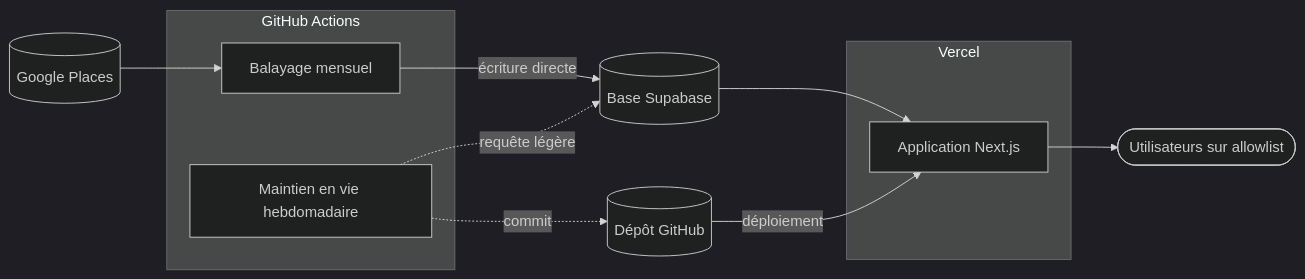
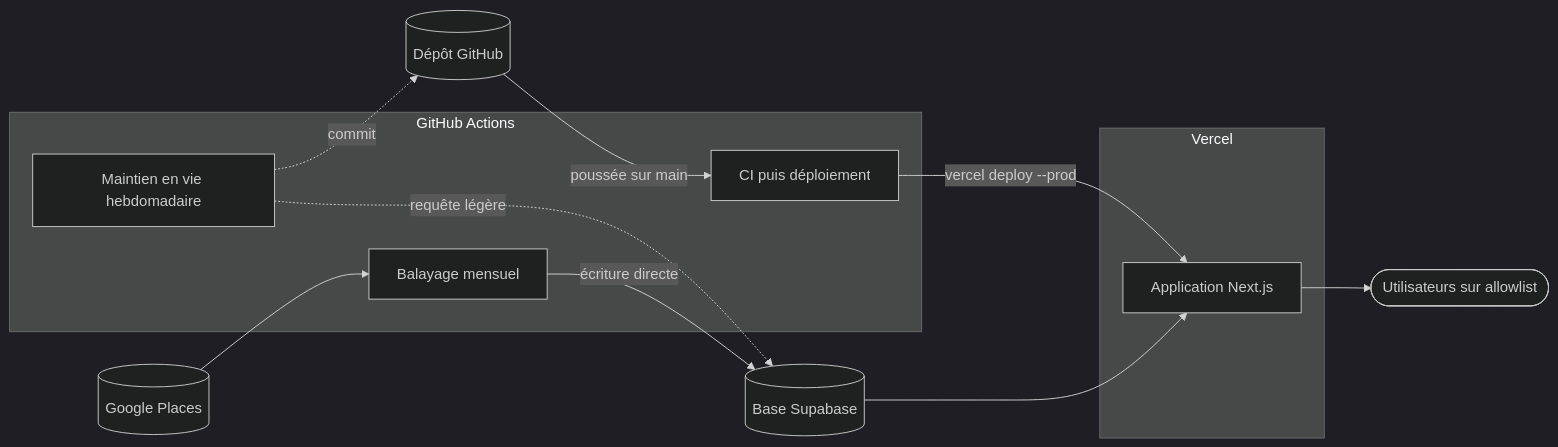
Before and after one commit to Ruhm42/dish-my-taste-job: the diagram in .specs/technique/09-deploiement.md, drawn with Mermaid (dark theme). The commit also changed other lines of this file and 5 other files, not shown here.

````diff
--- a/.specs/technique/09-deploiement.md
+++ b/.specs/technique/09-deploiement.md
@@ -16,17 +16,19 @@
 ```mermaid
 flowchart LR
     subgraph GHA["GitHub Actions"]
+        CI[CI puis déploiement]
         SWEEP[Balayage mensuel]
         KEEP[Maintien en vie hebdomadaire]
     end
     subgraph VERCEL["Vercel"]
         APP[Application Next.js]
     end
     GOOGLE[(Google Places)] --> SWEEP
     SWEEP -->|écriture directe| DB[(Base Supabase)]
     KEEP -.->|requête légère| DB
     KEEP -.->|commit| REPO[(Dépôt GitHub)]
-    REPO -->|déploiement| APP
+    REPO -->|poussée sur main| CI
+    CI -->|vercel deploy --prod| APP
     DB --> APP
     APP --> USER([Utilisateurs sur allowlist])
 ```
````
